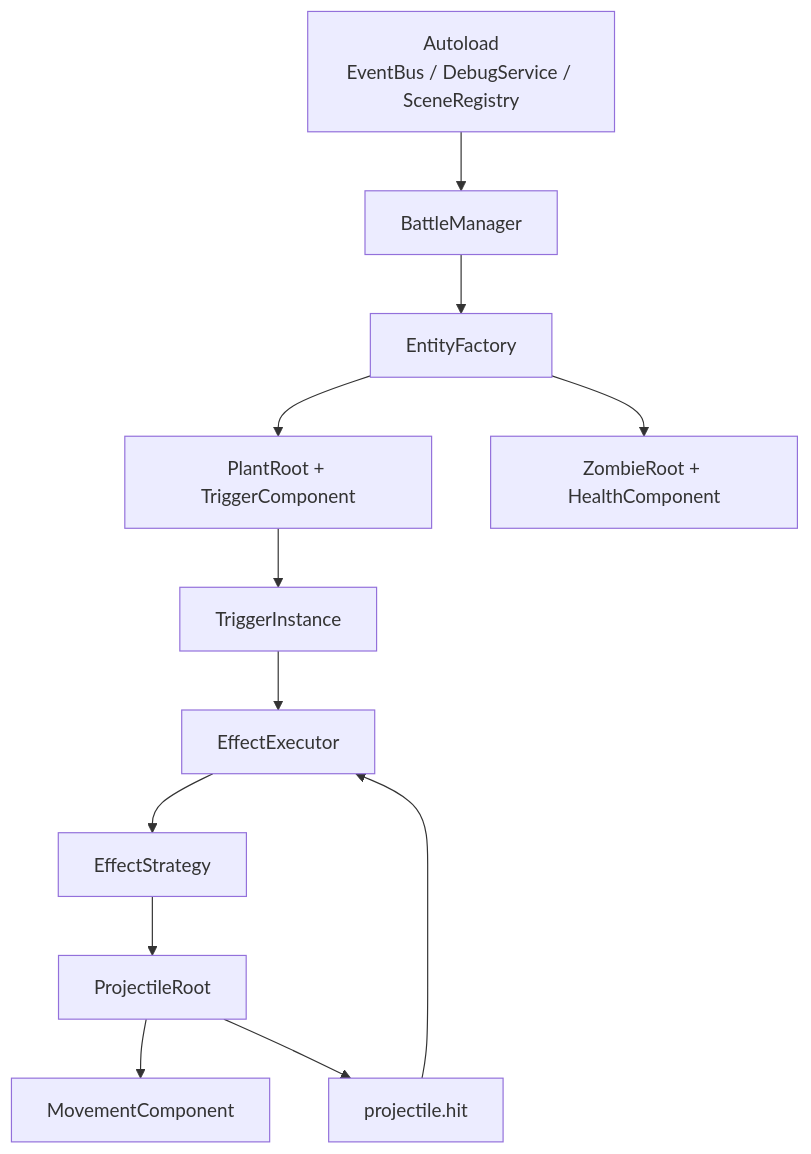
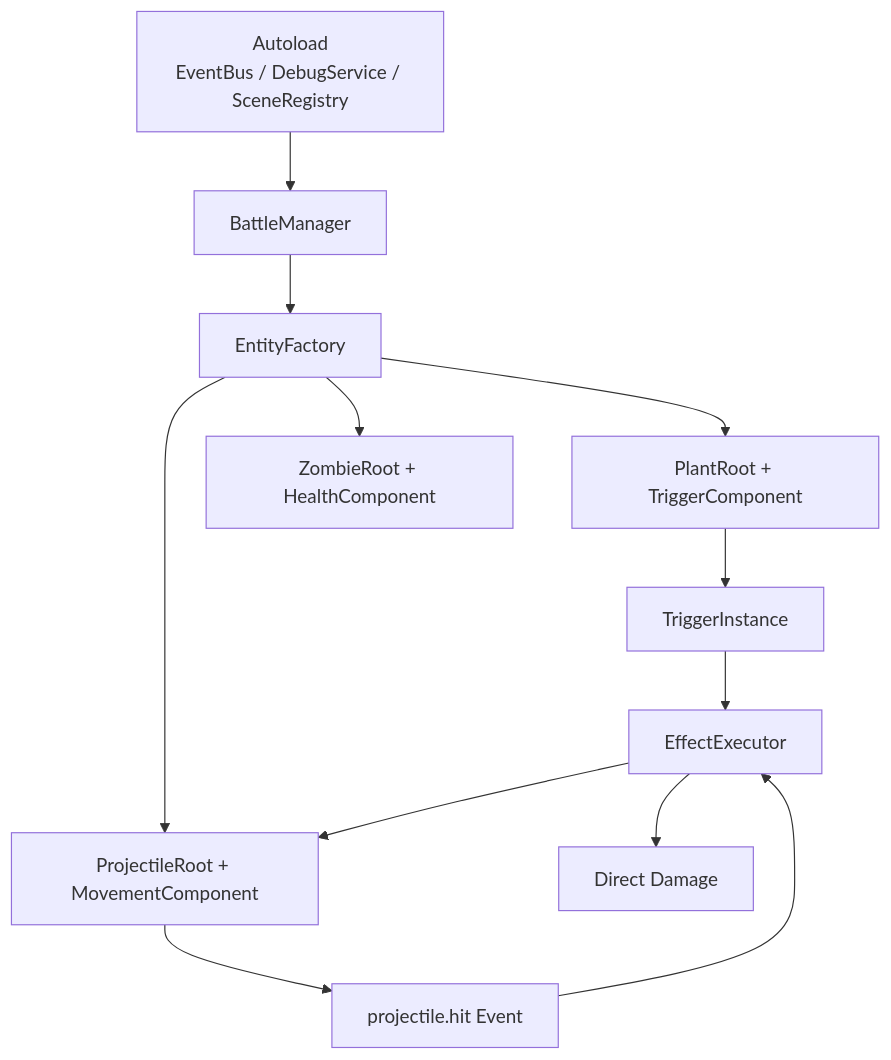
The second of 2 diagrams in wiki/02-系统架构.md (Abgetrennter/open_pvz), drawn with Mermaid before and after one commit. The commit also changed other lines of this file and 25 other files, not shown here.

Commit message:
Refocus project docs on the PVZ-like engine roadmap

````diff
--- a/wiki/02-系统架构.md
+++ b/wiki/02-系统架构.md
@@ -19,14 +114,14 @@
 ```mermaid
 graph TD
     A["Autoload<br/>EventBus / DebugService / SceneRegistry"] --> B["BattleManager"]
     B --> C["EntityFactory"]
     C --> D["PlantRoot + TriggerComponent"]
     C --> E["ZombieRoot + HealthComponent"]
-    D --> F["TriggerInstance"]
-    F --> G["EffectExecutor"]
-    G --> H["EffectStrategy"]
-    H --> I["ProjectileRoot"]
-    I --> J["MovementComponent"]
-    I --> K["projectile.hit"]
-    K --> G
+    C --> F["ProjectileRoot + MovementComponent"]
+    D --> G["TriggerInstance"]
+    G --> H["EffectExecutor"]
+    H --> F
+    H --> I["Direct Damage"]
+    F --> J["projectile.hit Event"]
+    J --> H
 ```
````
